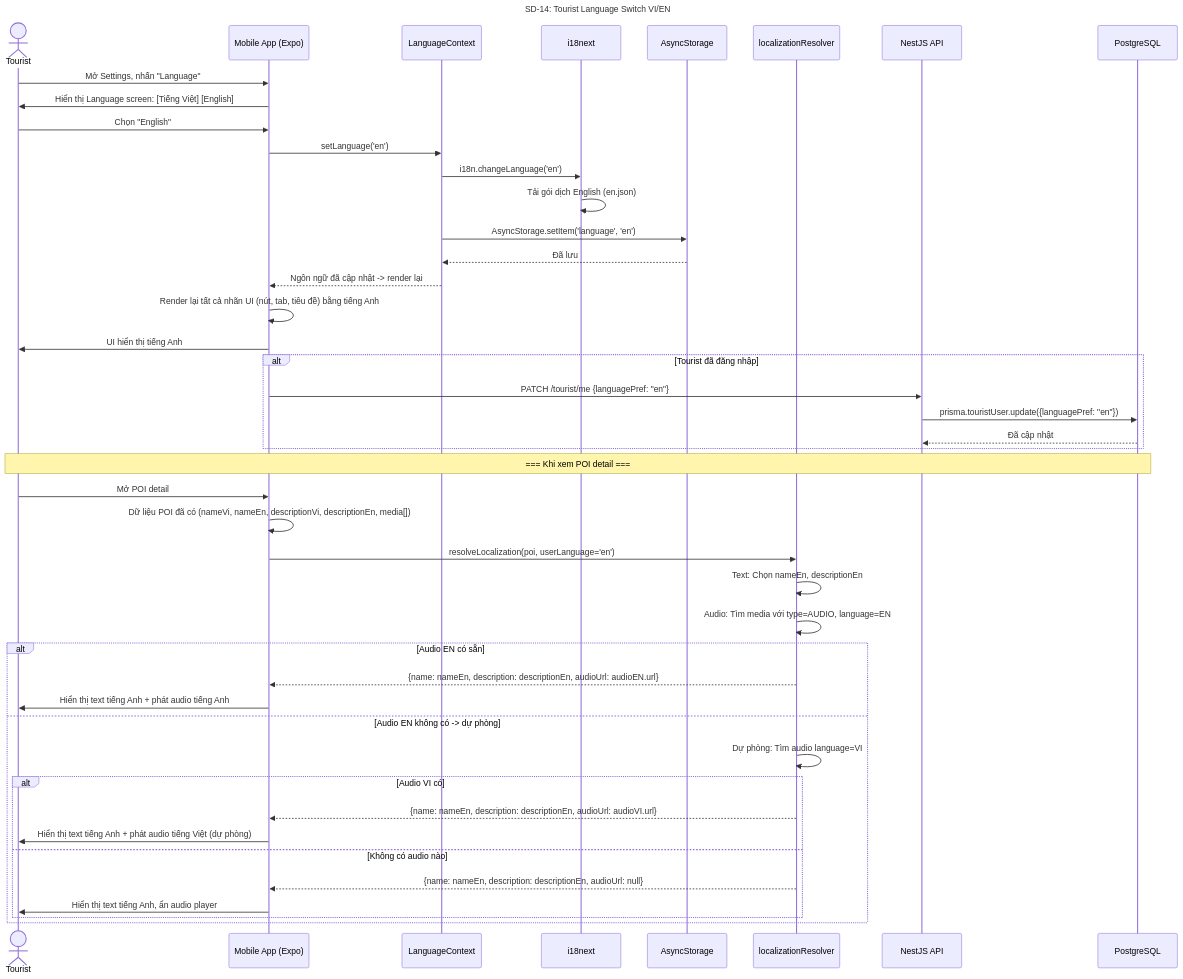
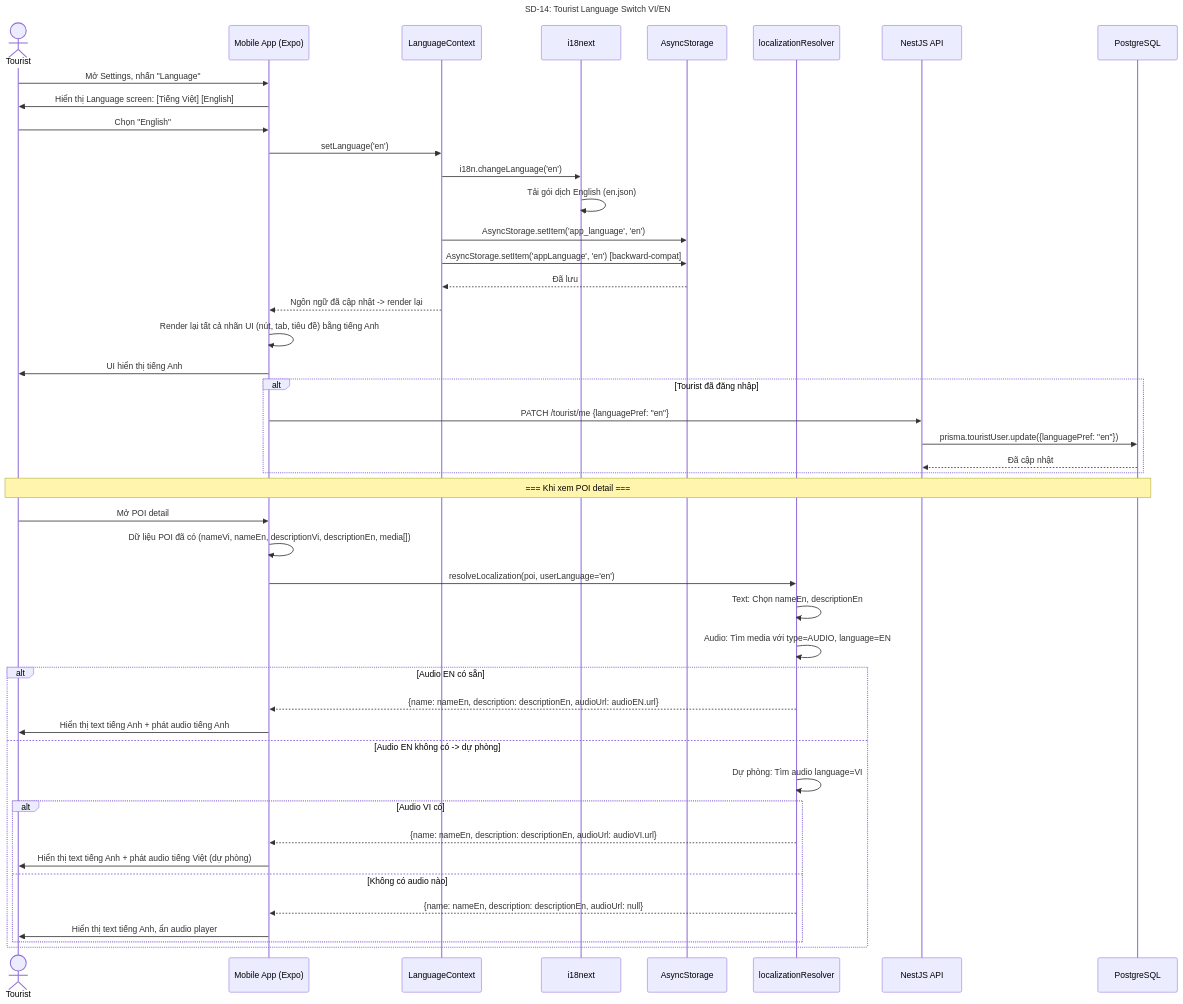
Diagram 14 of 28 in docs/step3_prd/15_sequence_diagrams.md (Ttuandatt/Seminar), drawn with Mermaid before and after one commit. The commit also changed other lines of this file, not shown here.

First line of the commit message:
docs: sync 8 sequence diagrams with codebase (v4.1 → v4.2)

````diff
--- a/docs/step3_prd/15_sequence_diagrams.md
+++ b/docs/step3_prd/15_sequence_diagrams.md
@@ -788,54 +788,55 @@
 ```mermaid
 sequenceDiagram
     title SD-14: Tourist Language Switch VI/EN
     actor Tourist
     participant App as Mobile App (Expo)
     participant Lang as LanguageContext
     participant i18n as i18next
     participant Storage as AsyncStorage
     participant Resolver as localizationResolver
     participant API as NestJS API
     participant DB as PostgreSQL
 
     Tourist->>App: Mở Settings, nhấn "Language"
     App->>Tourist: Hiển thị Language screen: [Tiếng Việt] [English]
     Tourist->>App: Chọn "English"
 
     App->>Lang: setLanguage('en')
     Lang->>i18n: i18n.changeLanguage('en')
     i18n->>i18n: Tải gói dịch English (en.json)
-    Lang->>Storage: AsyncStorage.setItem('language', 'en')
+    Lang->>Storage: AsyncStorage.setItem('app_language', 'en')
+    Lang->>Storage: AsyncStorage.setItem('appLanguage', 'en') [backward-compat]
     Storage-->>Lang: Đã lưu
 
     Lang-->>App: Ngôn ngữ đã cập nhật -> render lại
     App->>App: Render lại tất cả nhãn UI (nút, tab, tiêu đề) bằng tiếng Anh
     App->>Tourist: UI hiển thị tiếng Anh
 
     alt Tourist đã đăng nhập
         App->>API: PATCH /tourist/me {languagePref: "en"}
         API->>DB: prisma.touristUser.update({languagePref: "en"})
         DB-->>API: Đã cập nhật
     end
 
     Note over Tourist, DB: === Khi xem POI detail ===
     Tourist->>App: Mở POI detail
     App->>App: Dữ liệu POI đã có (nameVi, nameEn, descriptionVi, descriptionEn, media[])
     App->>Resolver: resolveLocalization(poi, userLanguage='en')
 
     Resolver->>Resolver: Text: Chọn nameEn, descriptionEn
     Resolver->>Resolver: Audio: Tìm media với type=AUDIO, language=EN
 
     alt Audio EN có sẵn
         Resolver-->>App: {name: nameEn, description: descriptionEn, audioUrl: audioEN.url}
         App->>Tourist: Hiển thị text tiếng Anh + phát audio tiếng Anh
     else Audio EN không có -> dự phòng
         Resolver->>Resolver: Dự phòng: Tìm audio language=VI
         alt Audio VI có
             Resolver-->>App: {name: nameEn, description: descriptionEn, audioUrl: audioVI.url}
             App->>Tourist: Hiển thị text tiếng Anh + phát audio tiếng Việt (dự phòng)
         else Không có audio nào
             Resolver-->>App: {name: nameEn, description: descriptionEn, audioUrl: null}
             App->>Tourist: Hiển thị text tiếng Anh, ẩn audio player
         end
     end
 ```
````
